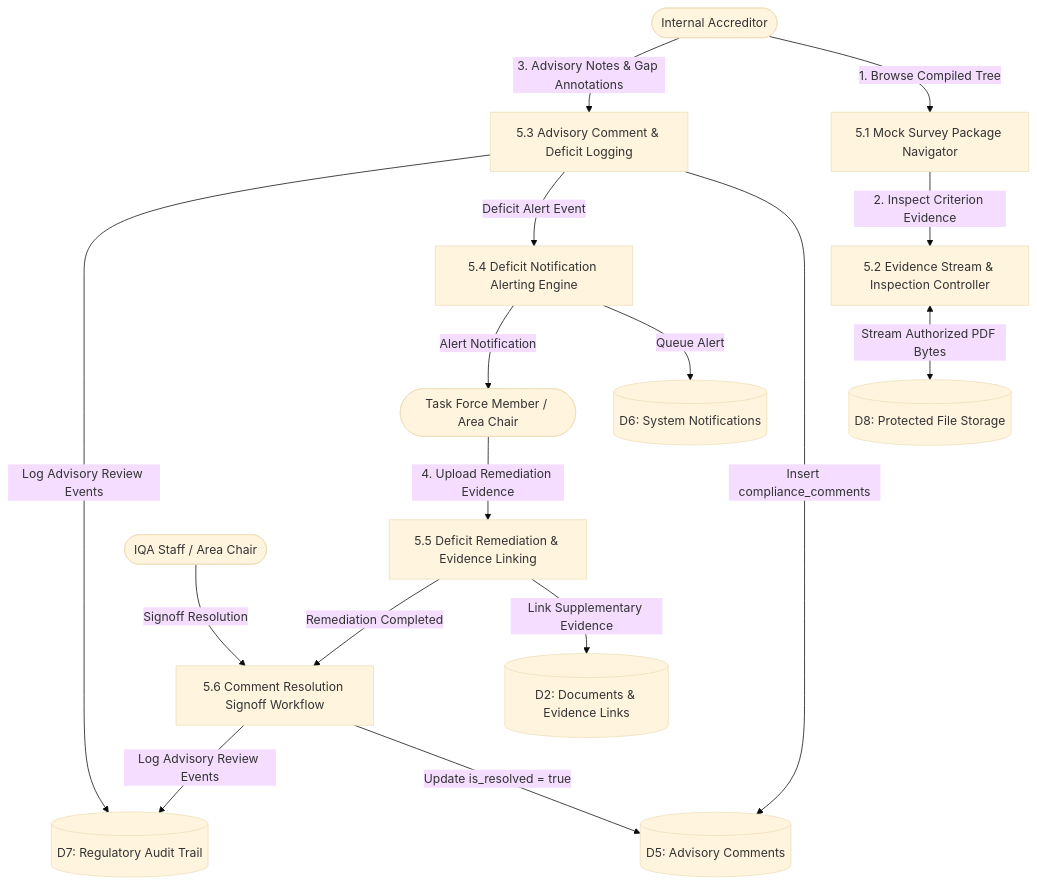
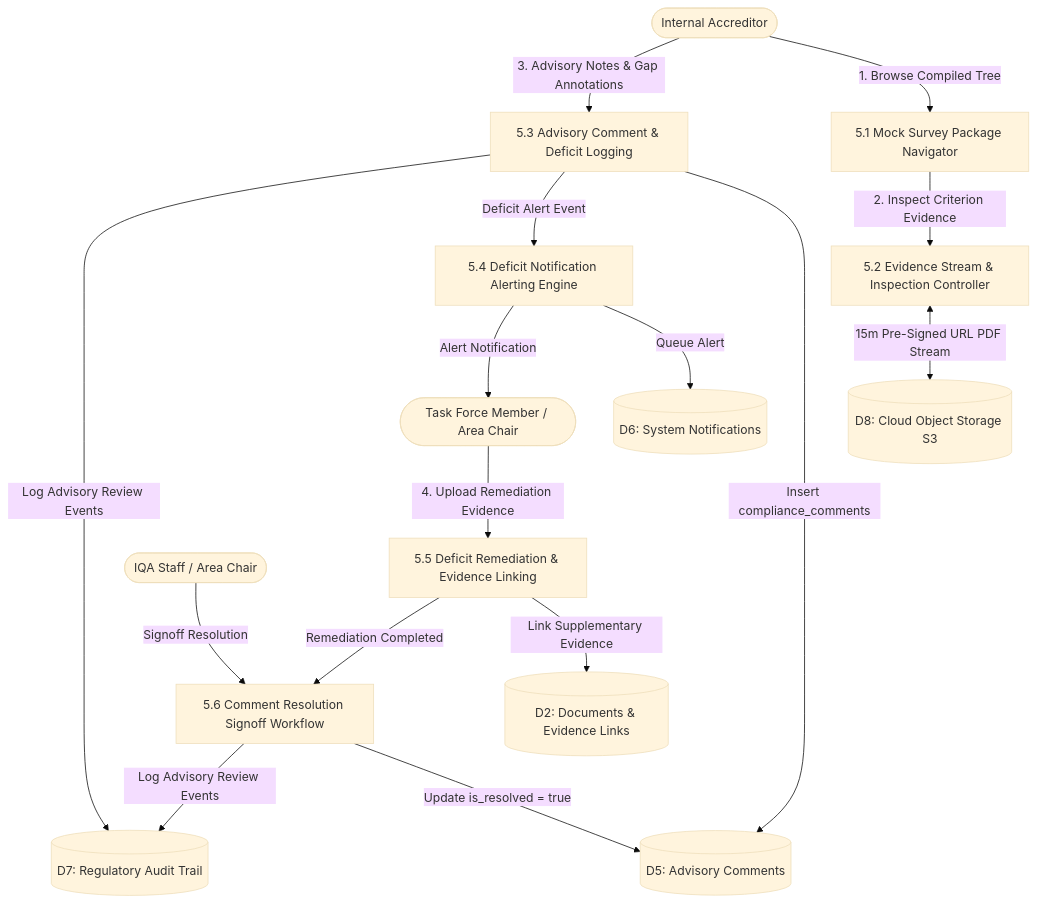
Before and after one commit to CCVillanueva02/iqarchive-capstone-figma: the fifth of 5 diagrams in v2/docs/dataflow/generalprocess/level-2-dfd.md, drawn with Mermaid (base theme). The commit also changed other lines of this file and 3 other files, not shown here.

Commit message:
docs(dfd): update data flows and Level 2 DFDs for synchronous OCR and cloud storage

````diff
--- a/v2/docs/dataflow/generalprocess/level-2-dfd.md
+++ b/v2/docs/dataflow/generalprocess/level-2-dfd.md
@@ -240,17 +240,17 @@
 ```mermaid
 flowchart TD
     IA([Internal Accreditor]) -->|1. Browse Compiled Tree| P51[5.1 Mock Survey Package Navigator]
     P51 -->|2. Inspect Criterion Evidence| P52[5.2 Evidence Stream & Inspection Controller]
-    P52 <-->|Stream Authorized PDF Bytes| D8[(D8: Protected File Storage)]
+    P52 <-->|15m Pre-Signed URL PDF Stream| D8[(D8: Cloud Object Storage S3)]
     IA -->|3. Advisory Notes & Gap Annotations| P53[5.3 Advisory Comment & Deficit Logging]
     P53 -->|Insert compliance_comments| D5[(D5: Advisory Comments)]
     P53 -->|Deficit Alert Event| P54[5.4 Deficit Notification Alerting Engine]
     P54 -->|Queue Alert| D6[(D6: System Notifications)]
     P54 -->|Alert Notification| TF([Task Force Member / Area Chair])
     TF -->|4. Upload Remediation Evidence| P55[5.5 Deficit Remediation & Evidence Linking]
     P55 -->|Link Supplementary Evidence| D2[(D2: Documents & Evidence Links)]
     P55 -->|Remediation Completed| P56[5.6 Comment Resolution Signoff Workflow]
     IQA([IQA Staff / Area Chair]) -->|Signoff Resolution| P56
     P56 -->|Update is_resolved = true| D5
     P53 & P56 -->|Log Advisory Review Events| D7[(D7: Regulatory Audit Trail)]
 ```
````
